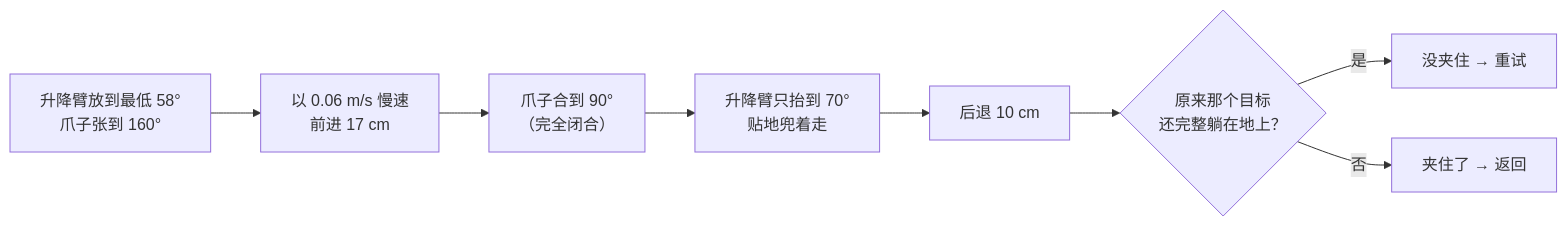
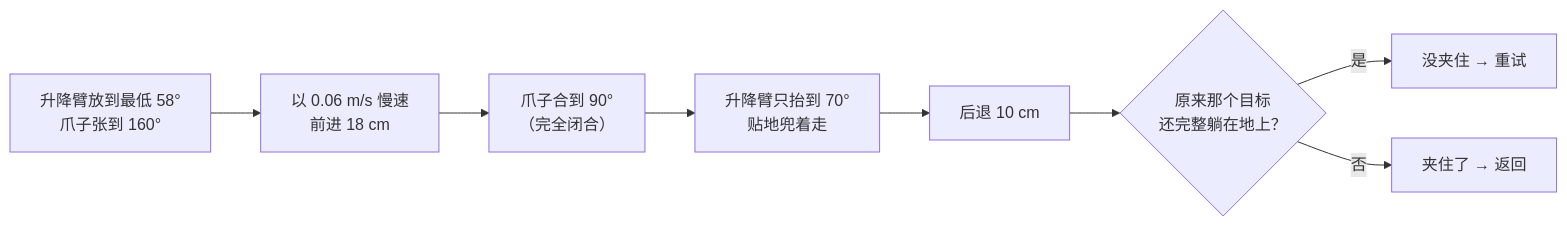
The eighth of 12 diagrams in README.md (crawfordxx/miniauto-fetch-car), drawn with Mermaid before and after one commit. The commit also changed other lines of this file and 2 other files, not shown here.

````diff
--- a/README.md
+++ b/README.md
@@ -323,10 +323,10 @@
 ```mermaid
 flowchart LR
-    A["升降臂放到最低 58°<br/>爪子张到 160°"] --> B["以 0.06 m/s 慢速<br/>前进 17 cm"]
+    A["升降臂放到最低 58°<br/>爪子张到 160°"] --> B["以 0.06 m/s 慢速<br/>前进 18 cm"]
     B --> C["爪子合到 90°<br/>（完全闭合）"]
     C --> D["升降臂只抬到 70°<br/>贴地兜着走"]
     D --> E["后退 10 cm"]
     E --> F{"原来那个目标<br/>还完整躺在地上？"}
     F -- 是 --> G["没夹住 → 重试"]
     F -- 否 --> H["夹住了 → 返回"]
 ```
````
